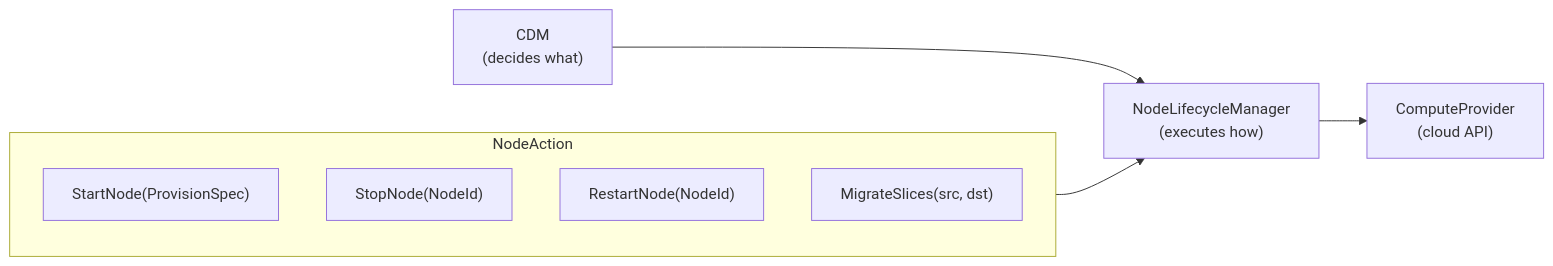
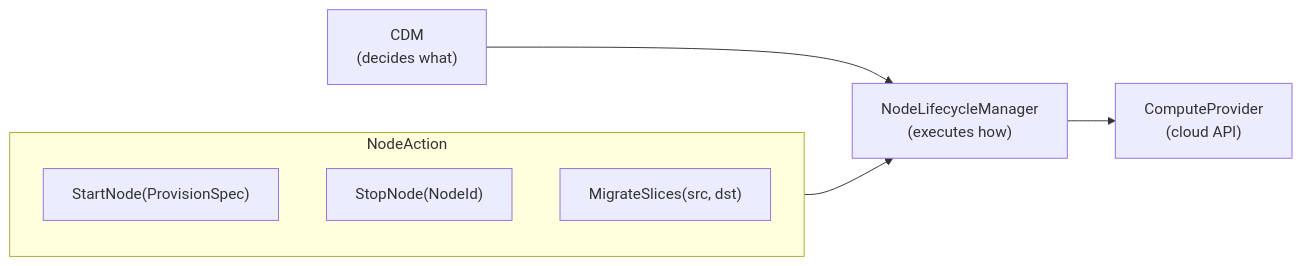
The second of 2 diagrams in aether/docs/architecture/13-cloud-integration.md (pragmaticalabs/pragmatica), drawn with Mermaid before and after one commit. The commit also changed 36 other files, not shown here.

Commit message:
fix: remove same-NodeId restart paths from product and harness (#1543 part A)

````diff
--- a/aether/docs/architecture/13-cloud-integration.md
+++ b/aether/docs/architecture/13-cloud-integration.md
@@ -181,14 +181,13 @@
 ```mermaid
 graph LR
     CDM["CDM<br/>(decides what)"] --> NLM["NodeLifecycleManager<br/>(executes how)"]
     NLM --> CP["ComputeProvider<br/>(cloud API)"]
 
     subgraph Actions["NodeAction"]
         Start["StartNode(ProvisionSpec)"]
         Stop["StopNode(NodeId)"]
-        Restart["RestartNode(NodeId)"]
         Migrate["MigrateSlices(src, dst)"]
     end
 
     Actions --> NLM
 ```
````
